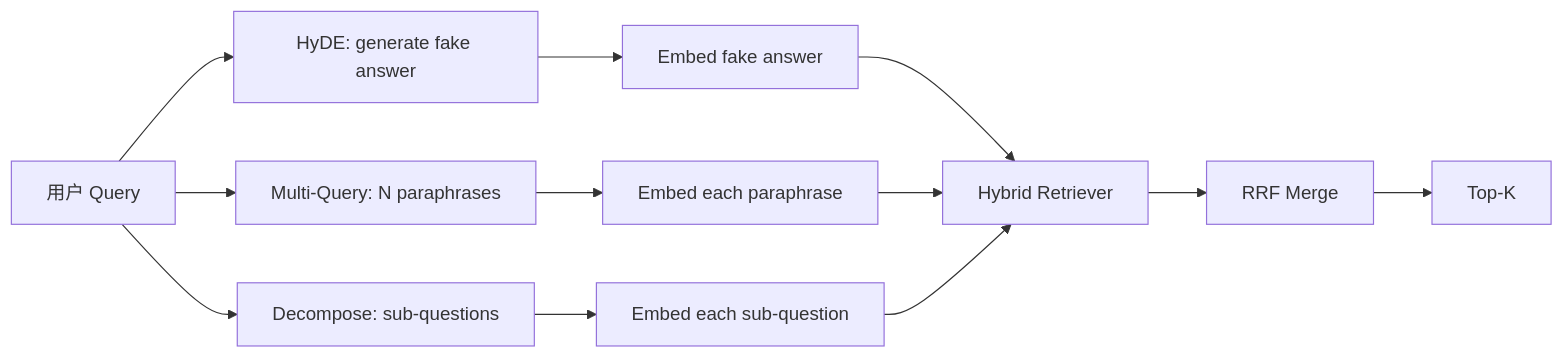
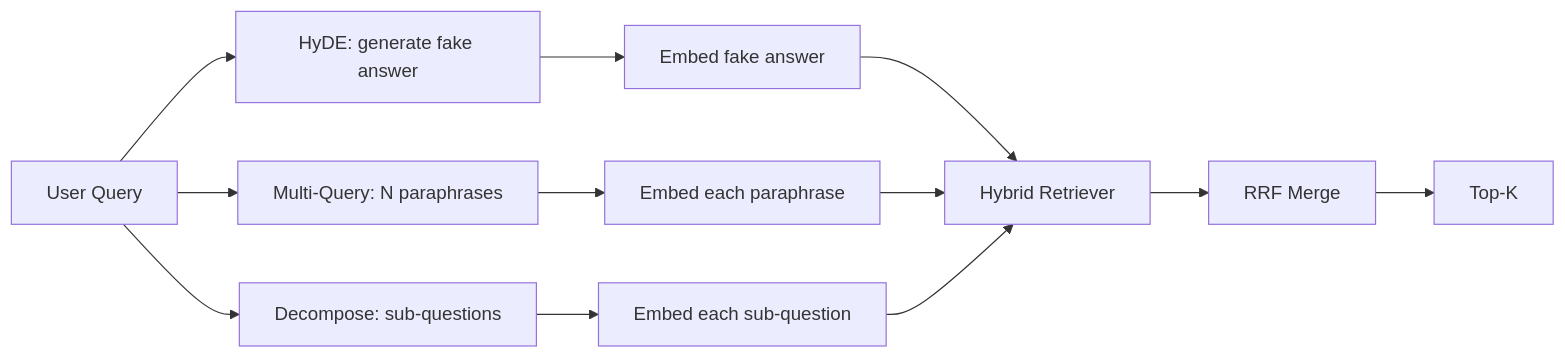
Before and after one commit to xiaojiaenen/ai-engineering-from-scratch-zh: the diagram in i18n/zh/phases/19-capstone-projects/67-query-rewriting-hyde/docs/zh.md, drawn with Mermaid. The commit also changed other lines of this file and 85 other files, not shown here.

````diff
--- a/i18n/zh/phases/19-capstone-projects/67-query-rewriting-hyde/docs/zh.md
+++ b/i18n/zh/phases/19-capstone-projects/67-query-rewriting-hyde/docs/zh.md
@@ -29,14 +29,14 @@
 ```mermaid
 flowchart LR
-  Query[用户 Query] --> HyDE[HyDE: generate fake answer]
+  Query[User Query] --> HyDE[HyDE: generate fake answer]
   Query --> MQ[Multi-Query: N paraphrases]
   Query --> DC[Decompose: sub-questions]
   HyDE --> Embed1[Embed fake answer]
   MQ --> Embed2[Embed each paraphrase]
   DC --> Embed3[Embed each sub-question]
   Embed1 --> Retrieve[Hybrid Retriever]
   Embed2 --> Retrieve
   Embed3 --> Retrieve
   Retrieve --> Merge[RRF Merge]
   Merge --> Out[Top-K]
 ```
````
